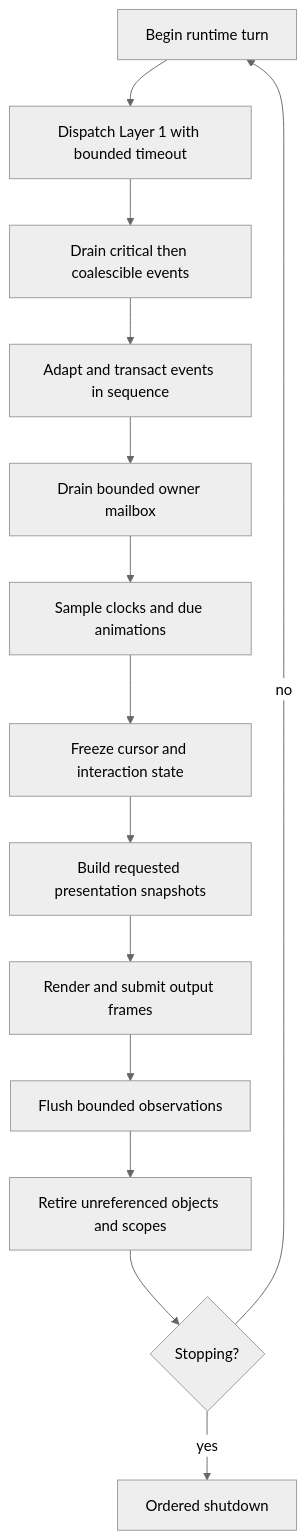
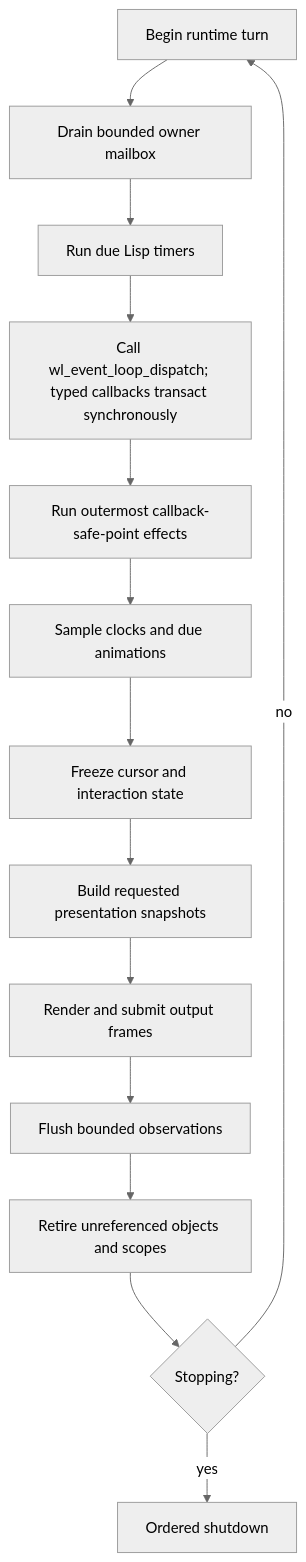
Before and after one commit to SeungheonOh/ataxia: the tenth of 20 diagrams in docs/LAYER-2-CLOS-DESIGN.md, drawn with Mermaid (neutral theme). The commit also changed other lines of this file, not shown here.

Commit message:
docs: replace native event router with protocol sinks

````diff
--- a/docs/LAYER-2-CLOS-DESIGN.md
+++ b/docs/LAYER-2-CLOS-DESIGN.md
@@ -742,20 +743,20 @@
 ```mermaid
 flowchart TD
     START[Begin runtime turn]
-    DISPATCH[Dispatch Layer 1 with bounded timeout]
-    DRAIN[Drain critical then coalescible events]
-    ADAPT[Adapt and transact events in sequence]
     MAIL[Drain bounded owner mailbox]
+    TIMER[Run due Lisp timers]
+    DISPATCH[Call wl_event_loop_dispatch; typed callbacks transact synchronously]
+    SAFE[Run outermost callback-safe-point effects]
     CLOCK[Sample clocks and due animations]
     CURSOR[Freeze cursor and interaction state]
     FRAME[Build requested presentation snapshots]
     RENDER[Render and submit output frames]
     OBS[Flush bounded observations]
     RETIRE[Retire unreferenced objects and scopes]
     STOP{Stopping?}
 
-    START --> DISPATCH --> DRAIN --> ADAPT --> MAIL --> CLOCK --> CURSOR
+    START --> MAIL --> TIMER --> DISPATCH --> SAFE --> CLOCK --> CURSOR
     CURSOR --> FRAME --> RENDER --> OBS --> RETIRE --> STOP
     STOP -- no --> START
     STOP -- yes --> SHUTDOWN[Ordered shutdown]
 ```
````
